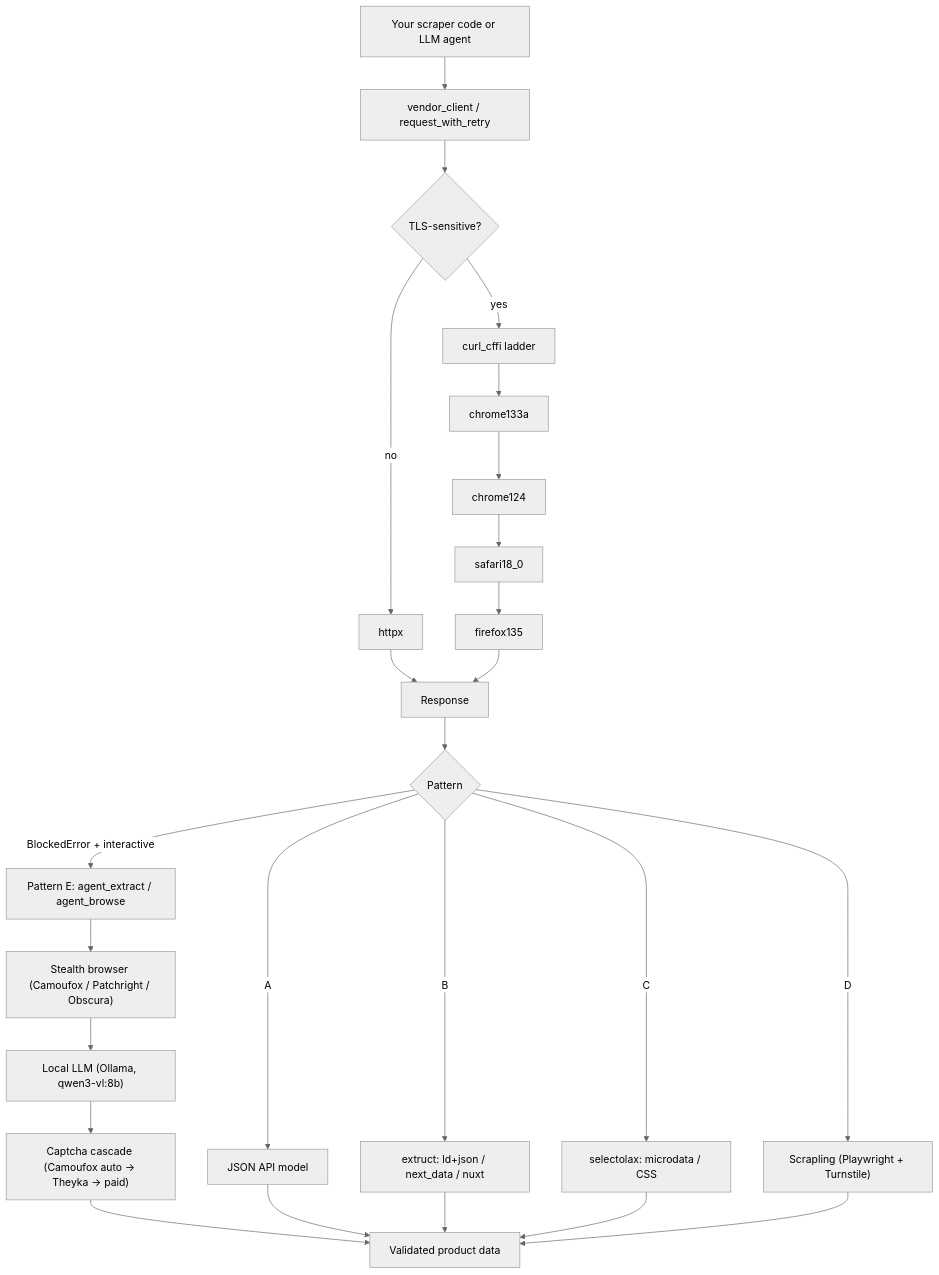
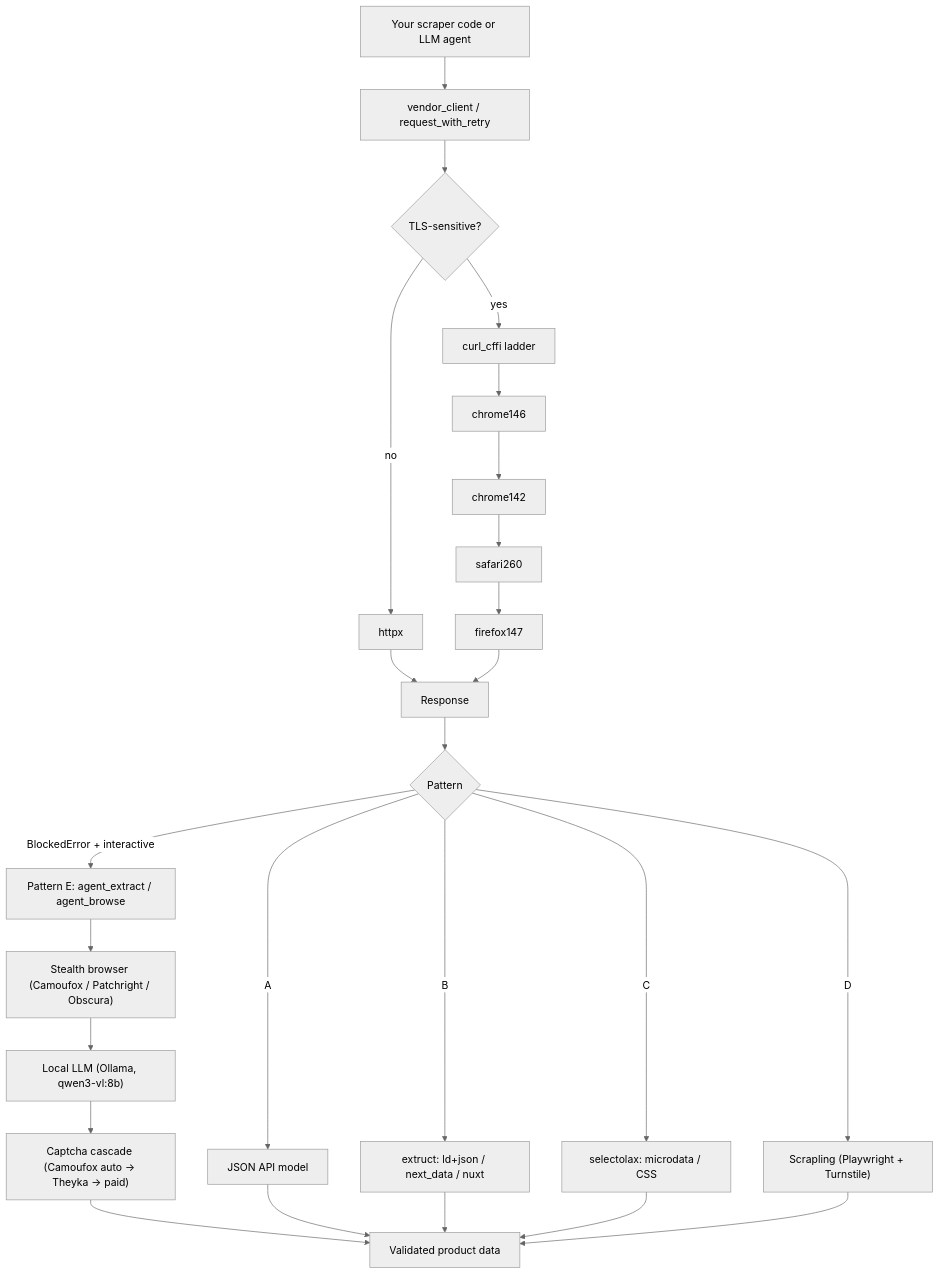
One commit to ValeroK/scrapper-tool changed the diagram in README.md. Above: the diagram before and after it, drawn with Mermaid (neutral theme). The commit also changed other lines of this file and 4 other files, not shown here.

````diff
--- a/README.md
+++ b/README.md
@@ -79,24 +79,24 @@
 ```mermaid
 flowchart TD
     A[Your scraper code or LLM agent] --> B[vendor_client / request_with_retry]
     B --> C{TLS-sensitive?}
     C -- no --> D[httpx]
     C -- yes --> E[curl_cffi ladder]
-    E --> E1[chrome133a] --> E2[chrome124] --> E3[safari18_0] --> E4[firefox135]
+    E --> E1[chrome146] --> E2[chrome142] --> E3[safari260] --> E4[firefox147]
     D --> F[Response]
     E4 --> F
     F --> G{Pattern}
     G -- A --> H[JSON API model]
     G -- B --> I[extruct: ld+json / next_data / nuxt]
     G -- C --> J[selectolax: microdata / CSS]
     G -- D --> K["Scrapling (Playwright + Turnstile)"]
     G -- "BlockedError + interactive" --> M["Pattern E: agent_extract / agent_browse"]
     M --> M1["Stealth browser (Camoufox / Patchright / Obscura)"]
     M1 --> M2["Local LLM (Ollama, qwen3-vl:8b)"]
     M2 --> M3["Captcha cascade (Camoufox auto → Theyka → paid)"]
     M3 --> L[Validated product data]
     H --> L
     I --> L
     J --> L
     K --> L
 ```
````
